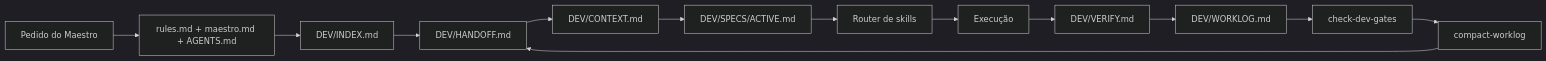
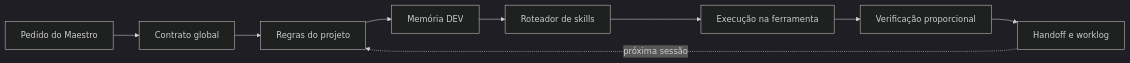
Before and after one commit to munizmath/Orquestrador-Maestro: the diagram in README.md, drawn with Mermaid (dark theme). The commit also changed other lines of this file and 104 other files, not shown here.

````diff
--- a/README.md
+++ b/README.md
@@ -357,15 +23,11 @@
-```mermaid
+~~~mermaid
 flowchart LR
-  A["Pedido do Maestro"] --> B["rules.md + maestro.md + AGENTS.md"]
-  B --> C["DEV/INDEX.md"]
-  C --> D["DEV/HANDOFF.md"]
-  D --> E["DEV/CONTEXT.md"]
-  E --> F["DEV/SPECS/ACTIVE.md"]
-  F --> G["Router de skills"]
-  G --> H["Execução"]
-  H --> I["DEV/VERIFY.md"]
-  I --> J["DEV/WORKLOG.md"]
-  J --> K["check-dev-gates"]
-  K --> L["compact-worklog"]
-  L --> D
-```
+    A[Pedido do Maestro] --> B[Contrato global]
+    B --> C[Regras do projeto]
+    C --> D[Memória DEV]
+    D --> E[Roteador de skills]
+    E --> F[Execução na ferramenta]
+    F --> G[Verificação proporcional]
+    G --> H[Handoff e worklog]
+    H -. próxima sessão .-> C
+~~~
````
